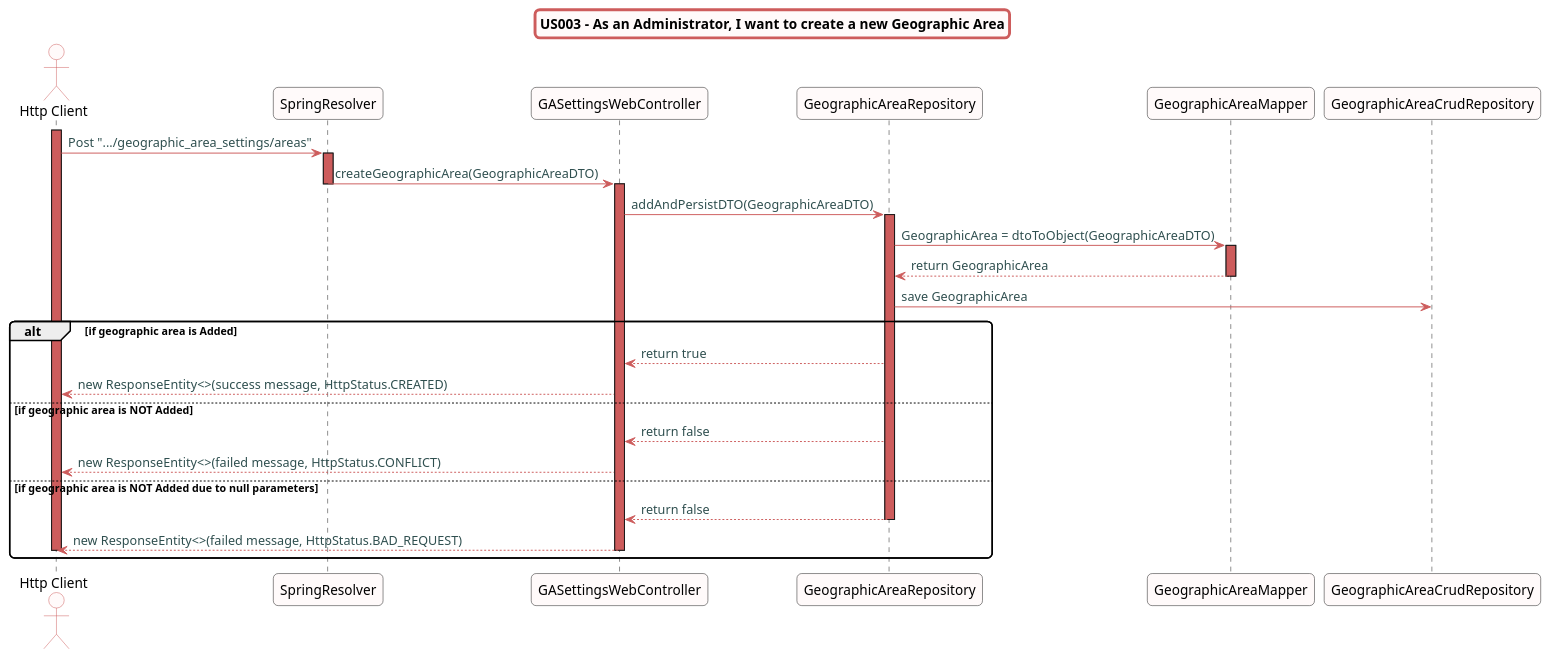
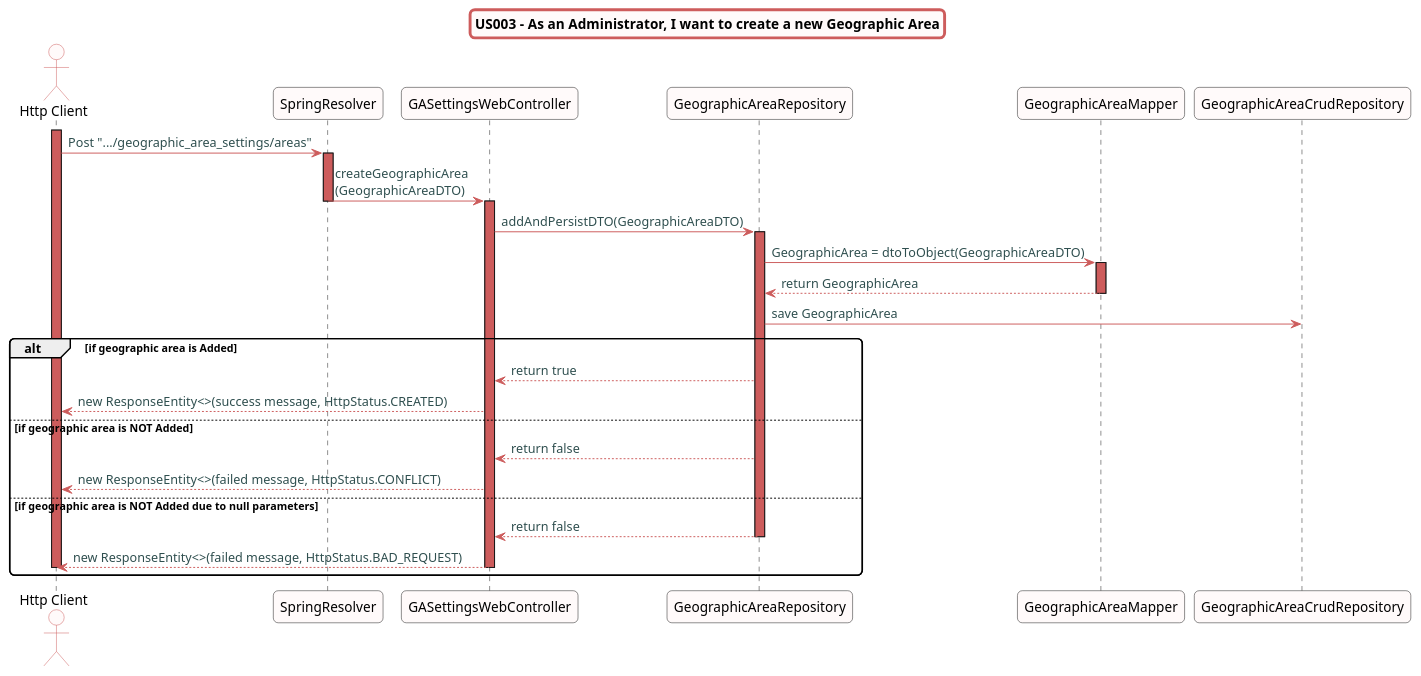
One commit to Almadanmp/project changed the diagram in src/doc/WEB_Controllers/GASettings/US003/US003_sd_GASettings.puml. Above: the diagram before and after it, drawn with PlantUML. The commit also changed 15 other files, not shown here.

```diff
--- a/src/doc/WEB_Controllers/GASettings/US003/US003_sd_GASettings.puml
+++ b/src/doc/WEB_Controllers/GASettings/US003/US003_sd_GASettings.puml
@@ -1,58 +1,58 @@
 @startuml
 
 skinparam titleBorderRoundCorner 10
 skinparam titleBorderThickness 3
 skinparam titleBorderColor indianred
 skinparam titleBackgroundColor snow
 skinparam FontName quicksand
 
 skinparam actor {
   BorderColor indianred
   backgroundColor Snow
   }
 
 skinparam sequence {
   LifeLineBackgroundColor indianred
   ParticipantBackgroundColor snow
 }
 
 skinparam roundcorner 10
 
 skinparam component {
   arrowThickness 1
   ArrowFontName Verdana
   ArrowColor indianred
   ArrowFontColor darkslategrey
 }
 
 title US003 - As an Administrator, I want to create a new Geographic Area
 
 actor "Http Client"
 activate "Http Client"
 "Http Client" -> "SpringResolver":  Post ".../geographic_area_settings/areas"
 activate "SpringResolver"
-"SpringResolver"->"GASettingsWebController": createGeographicArea(GeographicAreaDTO)
+"SpringResolver"->"GASettingsWebController": createGeographicArea\n(GeographicAreaDTO)
 deactivate "SpringResolver"
 activate "GASettingsWebController"
 "GASettingsWebController" -> "GeographicAreaRepository": addAndPersistDTO(GeographicAreaDTO)
 activate "GeographicAreaRepository"
 "GeographicAreaRepository" -> "GeographicAreaMapper": GeographicArea = dtoToObject(GeographicAreaDTO)
 activate "GeographicAreaMapper"
 "GeographicAreaMapper" --> "GeographicAreaRepository": return GeographicArea
 deactivate "GeographicAreaMapper"
 "GeographicAreaRepository" -> "GeographicAreaCrudRepository": save GeographicArea
 alt if geographic area is Added
 "GeographicAreaRepository" -->  "GASettingsWebController": return true
 "GASettingsWebController" --> "Http Client": new ResponseEntity<>(success message, HttpStatus.CREATED)
 else if geographic area is NOT Added
 "GeographicAreaRepository" -->  "GASettingsWebController": return false
 "GASettingsWebController" --> "Http Client": new ResponseEntity<>(failed message, HttpStatus.CONFLICT)
 else if geographic area is NOT Added due to null parameters
 "GeographicAreaRepository" -->  "GASettingsWebController": return false
 deactivate "GeographicAreaRepository"
 "GASettingsWebController" --> "Http Client": new ResponseEntity<>(failed message, HttpStatus.BAD_REQUEST)
 deactivate "GASettingsWebController"
 deactivate "Http Client"
 end
 
 @enduml
```
